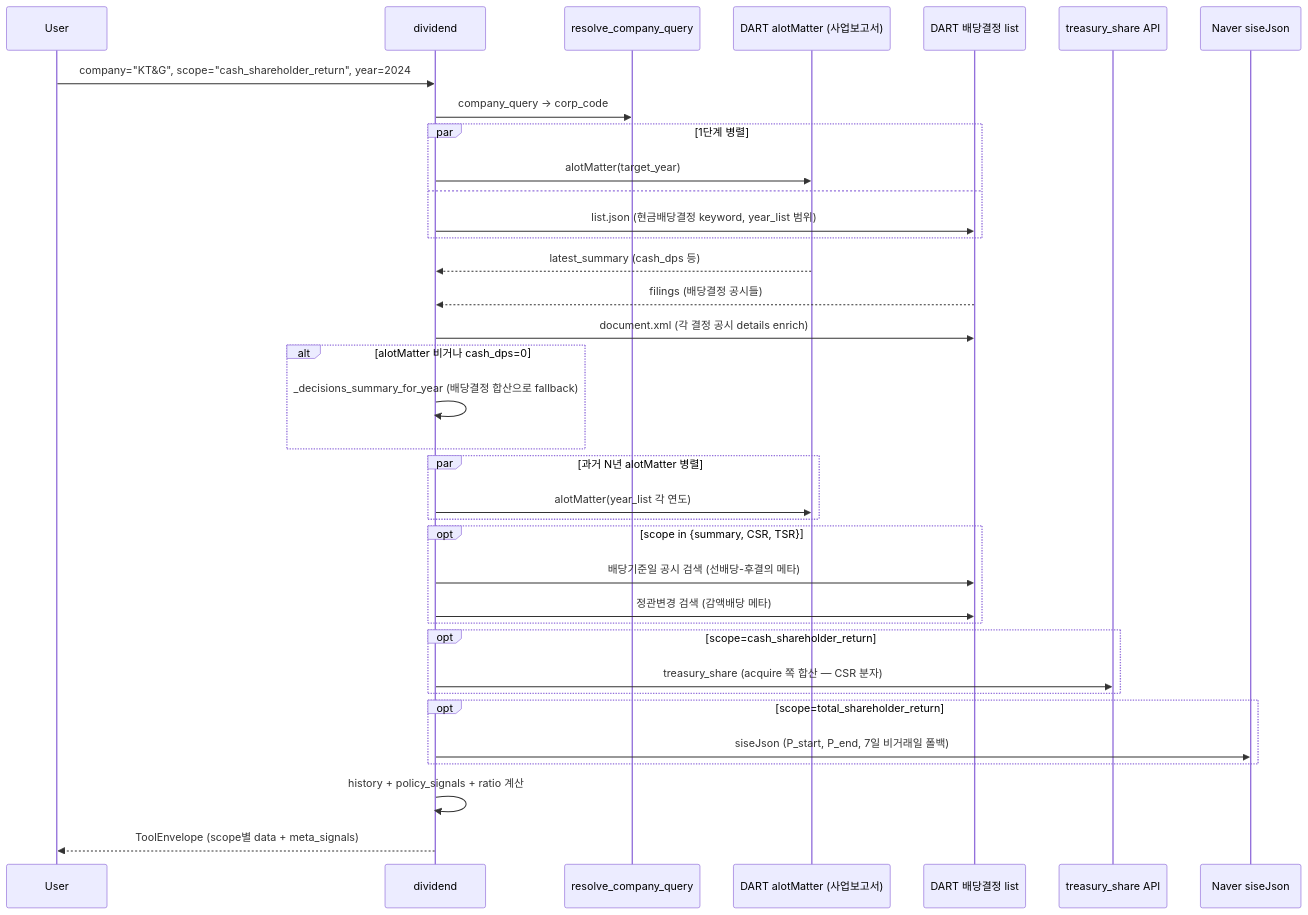
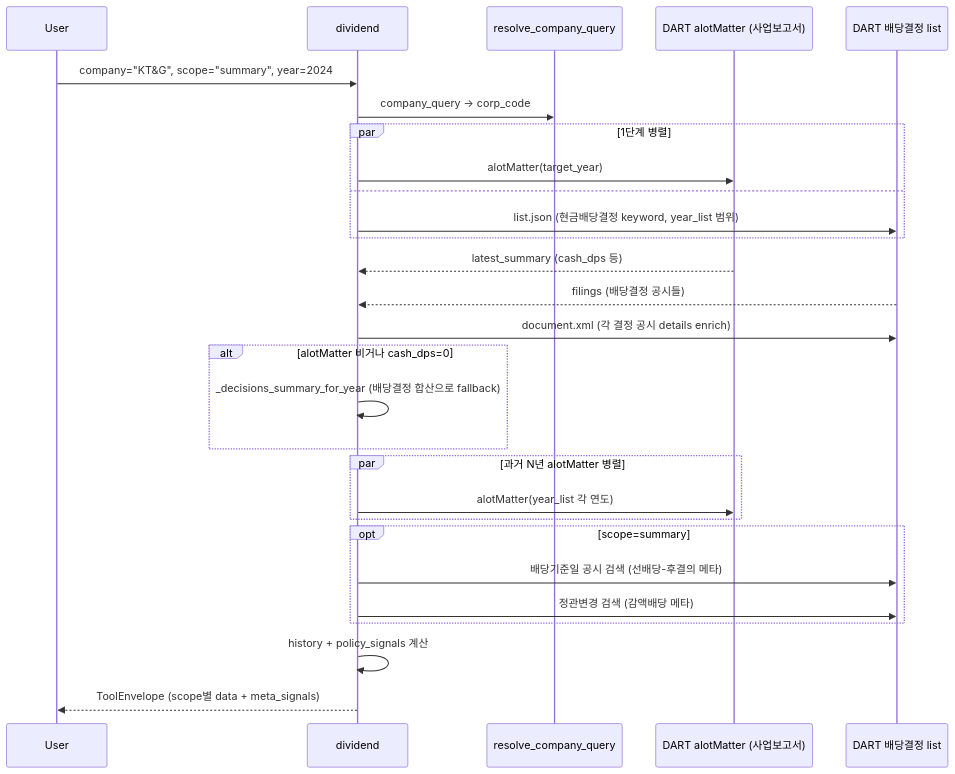
Before and after one commit to MarcoYou/open-proxy-mcp: the diagram in wiki/tools/dividend.md, drawn with Mermaid. The commit also changed other lines of this file and 9 other files, not shown here.

````diff
--- a/wiki/tools/dividend.md
+++ b/wiki/tools/dividend.md
@@ -107,38 +86,30 @@
 ```mermaid
 sequenceDiagram
     participant U as User
     participant T as dividend
     participant R as resolve_company_query
     participant DA as DART alotMatter (사업보고서)
     participant DD as DART 배당결정 list
-    participant TS as treasury_share API
-    participant N as Naver siseJson
-    U->>T: company="KT&G", scope="cash_shareholder_return", year=2024
+    U->>T: company="KT&G", scope="summary", year=2024
     T->>R: company_query → corp_code
     par 1단계 병렬
         T->>DA: alotMatter(target_year)
     and
         T->>DD: list.json (현금배당결정 keyword, year_list 범위)
     end
     DA-->>T: latest_summary (cash_dps 등)
     DD-->>T: filings (배당결정 공시들)
     T->>DD: document.xml (각 결정 공시 details enrich)
     alt alotMatter 비거나 cash_dps=0
         T->>T: _decisions_summary_for_year (배당결정 합산으로 fallback)
     end
     par 과거 N년 alotMatter 병렬
         T->>DA: alotMatter(year_list 각 연도)
     end
-    opt scope in {summary, CSR, TSR}
+    opt scope=summary
         T->>DD: 배당기준일 공시 검색 (선배당-후결의 메타)
         T->>DD: 정관변경 검색 (감액배당 메타)
     end
-    opt scope=cash_shareholder_return
-        T->>TS: treasury_share (acquire 쪽 합산 — CSR 분자)
-    end
-    opt scope=total_shareholder_return
-        T->>N: siseJson (P_start, P_end, 7일 비거래일 폴백)
-    end
-    T->>T: history + policy_signals + ratio 계산
+    T->>T: history + policy_signals 계산
     T-->>U: ToolEnvelope (scope별 data + meta_signals)
 ```
````
